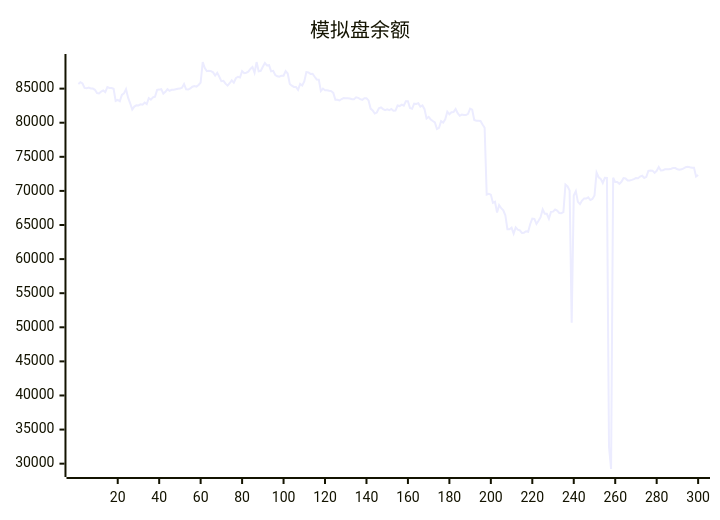
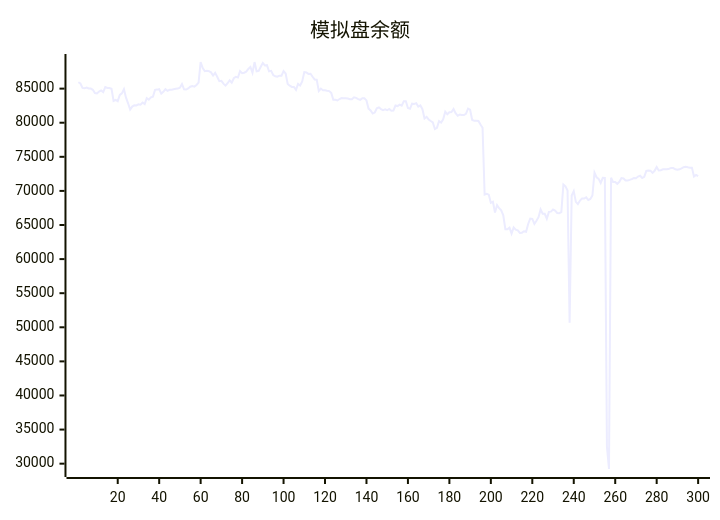
Before and after one commit to aahl/ai-trading: the diagram in README.md, drawn with Mermaid. The commit also changed other lines of this file and 1 other file, not shown here.

````diff
--- a/README.md
+++ b/README.md
@@ -5,5 +5,5 @@
 ```mermaid
 xychart
     title "模拟盘余额"
-    line [85685,85938,85749,85111,85044,85164,85016,85008,84824,84354,84287,84572,84745,84500,85234,85096,85095,84970,83180,83338,83157,84070,84309,84922,83667,82850,81924,82369,82552,82539,82695,82648,82962,82728,83619,83378,83710,83825,84819,84854,84917,84265,84527,84919,84668,84834,84850,84916,84981,85004,85131,85674,84891,84864,85019,85284,85393,85294,85538,85894,88904,88012,87567,87625,87568,87386,86920,87313,86737,86094,86143,85725,85437,85787,86219,85859,86526,86740,86630,87563,87264,87335,87483,87886,88180,87335,88894,87544,87608,88207,88755,88401,88444,87543,87608,87000,86810,86740,86894,86884,87576,87209,85686,85435,85251,85255,84820,85689,85453,86066,87420,87373,87161,87178,86740,86341,86315,84643,85012,84772,84768,84690,84635,84376,83360,83357,83259,83474,83608,83606,83602,83548,83440,83454,83724,83644,83464,83365,83590,83592,83275,82072,81806,81344,81492,82109,82254,82006,81848,81955,81829,82022,81769,81776,82522,82441,82656,82498,83144,83144,82150,82038,82797,82763,82872,82367,82536,81981,80612,80862,80484,80242,80034,79063,79245,80226,80016,80507,81625,81233,81544,81578,82016,81401,81019,81186,81130,81118,81306,82066,81909,80392,80304,80291,80258,79729,79261,69466,69579,69456,68251,68415,66832,67911,67462,67144,66432,64380,64375,64606,63740,64647,64324,64216,63842,63877,64078,64008,65156,65945,65888,65157,65625,66144,67284,66653,66639,65924,66925,66956,67263,67108,66766,66729,66886,70927,70673,70049,50652,69334,69973,68400,68061,68578,68876,68879,69055,68662,68822,69329,72687,71999,71760,71162,71911,71896,32500,29218,71927,71297,71305,71044,71337,71883,71822,71536,71536,71622,71723,71880,71860,72100,72216,71887,72077,72940,72976,72966,72638,72948,73497,73004,73041,73173,73160,73186,73258,73375,73351,73173,73098,73161,73305,73474,73536,73457,73413,73412,72100,72333]
+    line [85938,85749,85111,85044,85164,85016,85008,84824,84354,84287,84572,84745,84500,85234,85096,85095,84970,83180,83338,83157,84070,84309,84922,83667,82850,81924,82369,82552,82539,82695,82648,82962,82728,83619,83378,83710,83825,84819,84854,84917,84265,84527,84919,84668,84834,84850,84916,84981,85004,85131,85674,84891,84864,85019,85284,85393,85294,85538,85894,88904,88012,87567,87625,87568,87386,86920,87313,86737,86094,86143,85725,85437,85787,86219,85859,86526,86740,86630,87563,87264,87335,87483,87886,88180,87335,88894,87544,87608,88207,88755,88401,88444,87543,87608,87000,86810,86740,86894,86884,87576,87209,85686,85435,85251,85255,84820,85689,85453,86066,87420,87373,87161,87178,86740,86341,86315,84643,85012,84772,84768,84690,84635,84376,83360,83357,83259,83474,83608,83606,83602,83548,83440,83454,83724,83644,83464,83365,83590,83592,83275,82072,81806,81344,81492,82109,82254,82006,81848,81955,81829,82022,81769,81776,82522,82441,82656,82498,83144,83144,82150,82038,82797,82763,82872,82367,82536,81981,80612,80862,80484,80242,80034,79063,79245,80226,80016,80507,81625,81233,81544,81578,82016,81401,81019,81186,81130,81118,81306,82066,81909,80392,80304,80291,80258,79729,79261,69466,69579,69456,68251,68415,66832,67911,67462,67144,66432,64380,64375,64606,63740,64647,64324,64216,63842,63877,64078,64008,65156,65945,65888,65157,65625,66144,67284,66653,66639,65924,66925,66956,67263,67108,66766,66729,66886,70927,70673,70049,50652,69334,69973,68400,68061,68578,68876,68879,69055,68662,68822,69329,72687,71999,71760,71162,71911,71896,32500,29218,71927,71297,71305,71044,71337,71883,71822,71536,71536,71622,71723,71880,71860,72100,72216,71887,72077,72940,72976,72966,72638,72948,73497,73004,73041,73173,73160,73186,73258,73375,73351,73173,73098,73161,73305,73474,73536,73457,73413,73412,72100,72333,72164]
 ```
````
